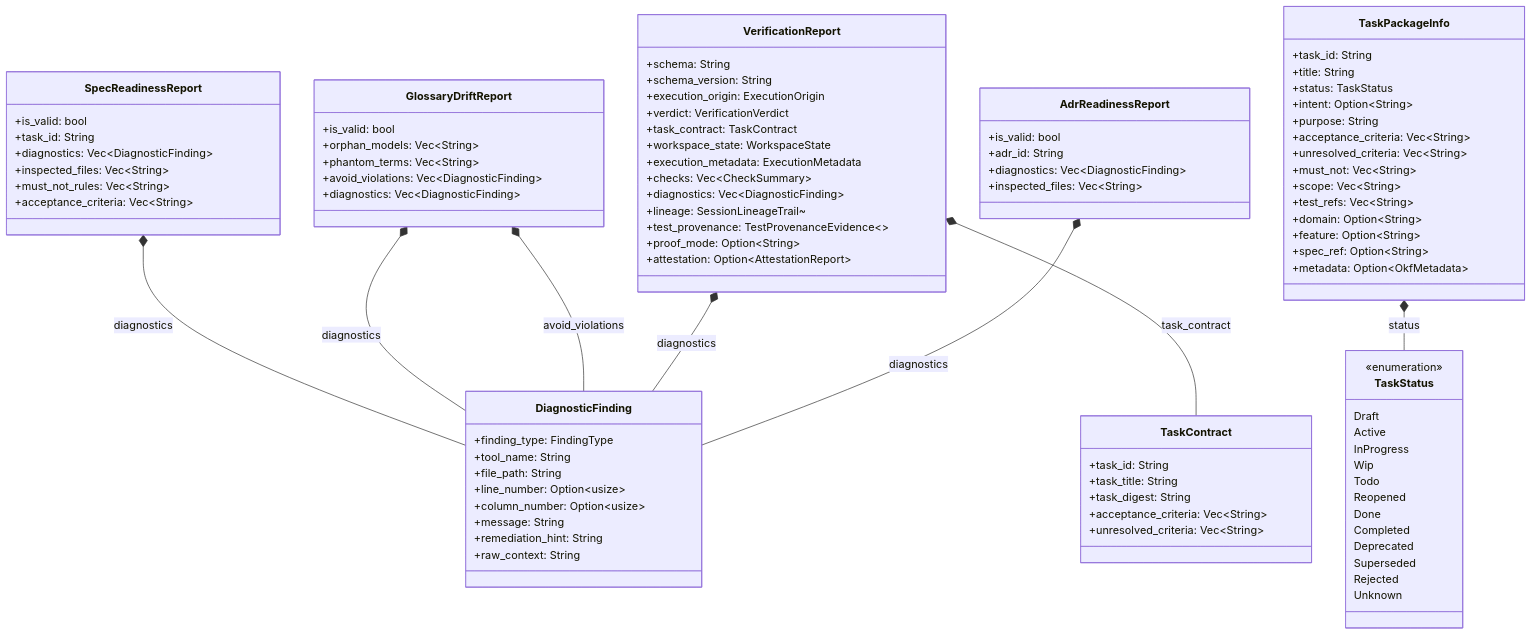
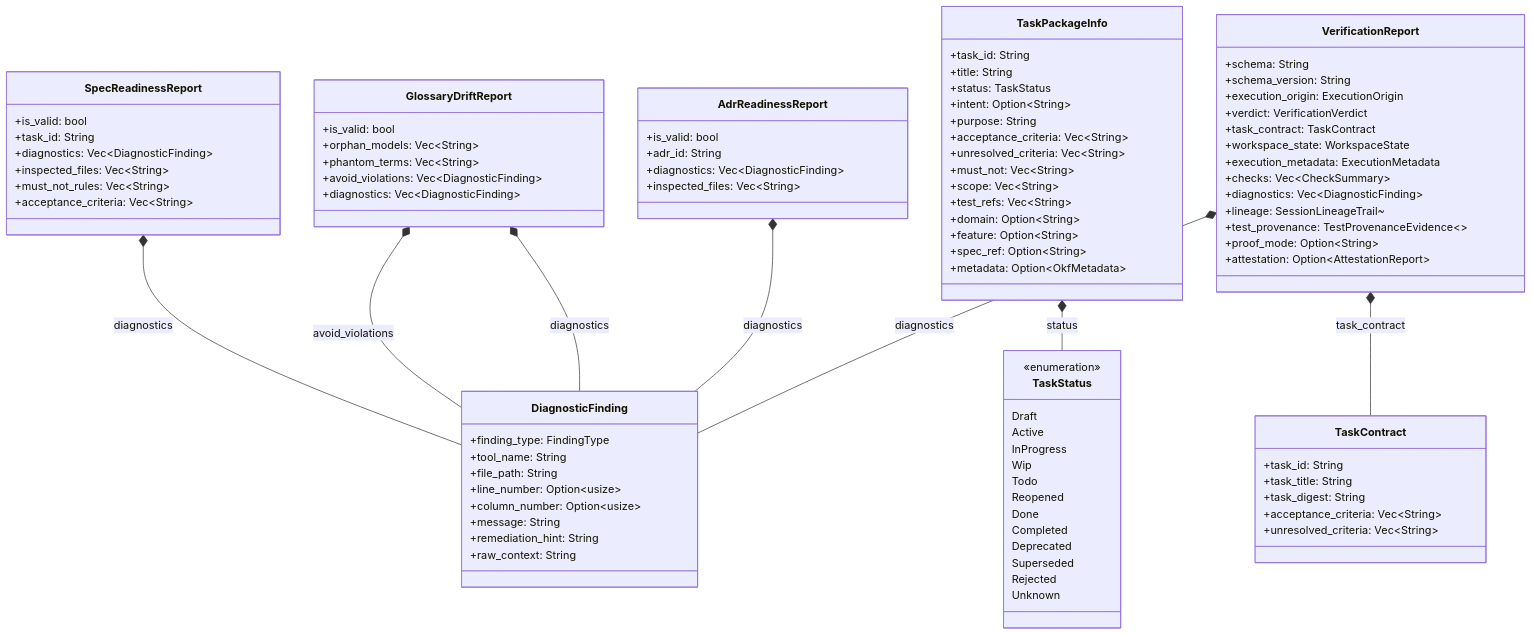
Before and after one commit to rolfmadsen/xgauntlet: the diagram in docs/architecture/tasks.md, drawn with Mermaid. The commit also changed other lines of this file and 16 other files, not shown here.

````diff
--- a/docs/architecture/tasks.md
+++ b/docs/architecture/tasks.md
@@ -104,11 +104,11 @@
         +attestation: Option~AttestationReport~
     }
 
+    SpecReadinessReport *-- DiagnosticFinding : diagnostics
+    GlossaryDriftReport *-- DiagnosticFinding : avoid_violations
+    GlossaryDriftReport *-- DiagnosticFinding : diagnostics
     AdrReadinessReport *-- DiagnosticFinding : diagnostics
     VerificationReport *-- TaskContract : task_contract
     VerificationReport *-- DiagnosticFinding : diagnostics
-    GlossaryDriftReport *-- DiagnosticFinding : avoid_violations
-    GlossaryDriftReport *-- DiagnosticFinding : diagnostics
-    SpecReadinessReport *-- DiagnosticFinding : diagnostics
     TaskPackageInfo *-- TaskStatus : status
 ```
````
